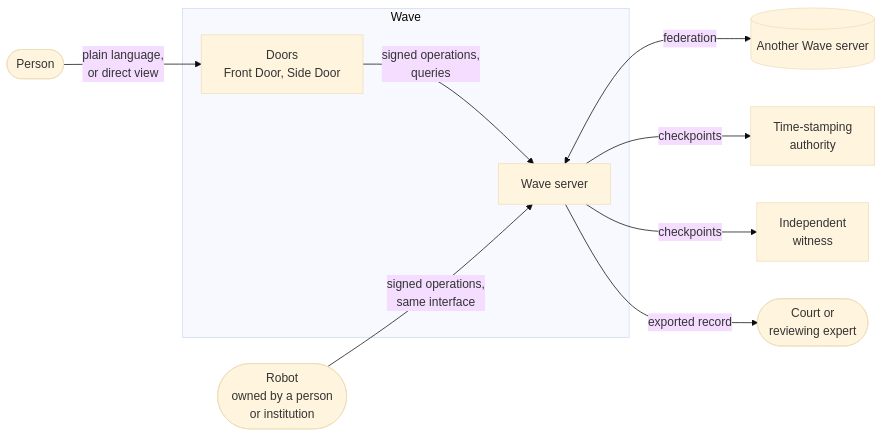
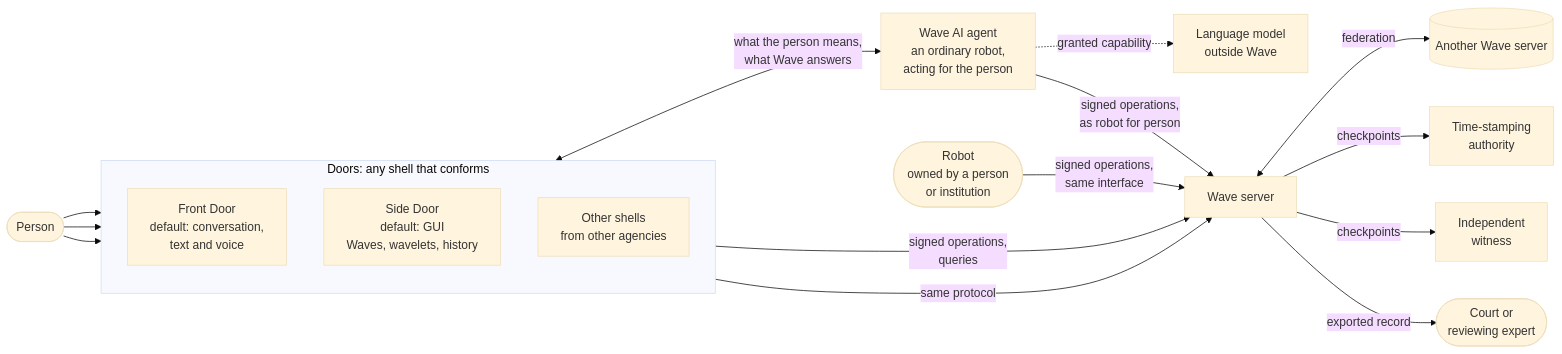
The first of 4 diagrams in docs/architecture.md (kolotyluk/wave), drawn with Mermaid (base theme) before and after one commit. The commit also changed other lines of this file and 8 other files, not shown here.

First line of the commit message:
Doors, phone-first app, Front Door agent, and what Wave is for

````diff
--- a/docs/architecture.md
+++ b/docs/architecture.md
@@ -65,22 +72,34 @@
 ```mermaid
 flowchart LR
     person([Person])
     robot([Robot<br/>owned by a person<br/>or institution])
     other[(Another Wave server)]
     tsa[Time-stamping<br/>authority]
     witness[Independent<br/>witness]
     court([Court or<br/>reviewing expert])
 
-    subgraph wave [Wave]
-        door[Doors<br/>Front Door, Side Door]
-        server[Wave server]
+    subgraph doors [Doors: any shell that conforms]
+        direction TB
+        front["Front Door<br/>default: conversation,<br/>text and voice"]
+        side["Side Door<br/>default: GUI<br/>Waves, wavelets, history"]
+        alt["Other shells<br/>from other agencies"]
     end
 
-    person -- "plain language,<br/>or direct view" --> door
-    door -- "signed operations,<br/>queries" --> server
+    agent["Wave AI agent<br/>an ordinary robot,<br/>acting for the person"]
+    model[Language model<br/>outside Wave]
+    server[Wave server]
+
+    person --> front
+    person --> side
+    person --> alt
+    front <-- "what the person means,<br/>what Wave answers" --> agent
+    agent -. "granted capability" .-> model
+    agent -- "signed operations,<br/>as robot for person" --> server
+    side -- "signed operations,<br/>queries" --> server
+    alt -- "same protocol" --> server
     robot -- "signed operations,<br/>same interface" --> server
     server <-- "federation" --> other
     server -- "checkpoints" --> tsa
     server -- "checkpoints" --> witness
     server -- "exported record" --> court
 ```
````
